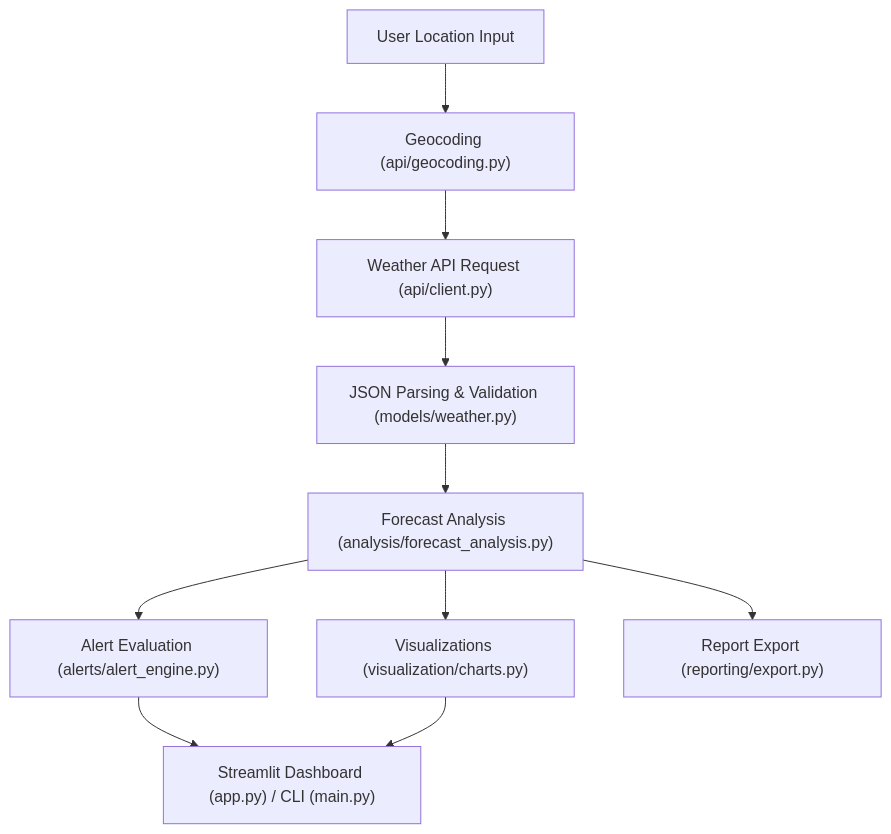
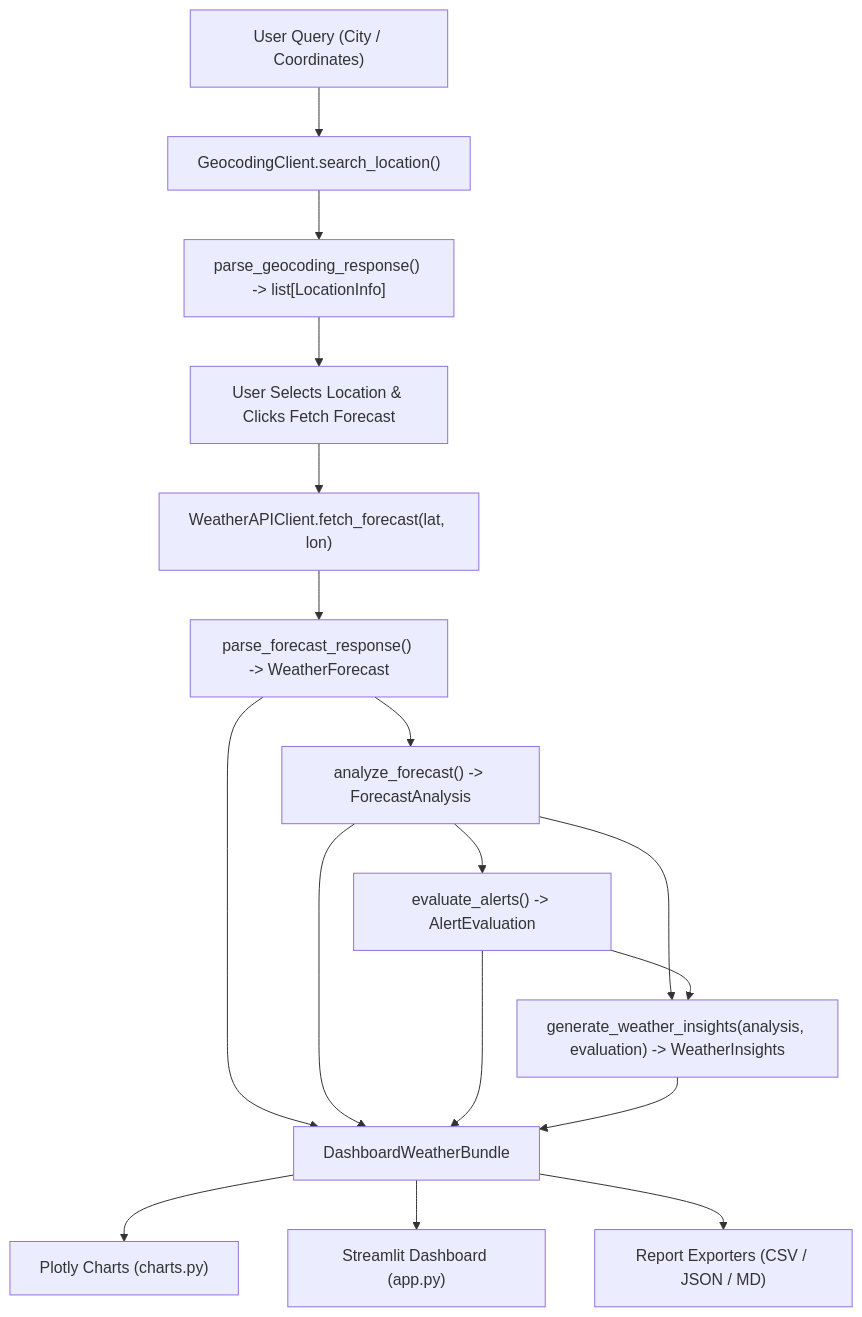
One commit to AkashDas-AI/Weather-Forecast-and-Alert-Application-v2 changed the diagram in docs/DATA_FLOW.md. Above: the diagram before and after it, drawn with Mermaid. The commit also changed other lines of this file and 7 other files, not shown here.

Commit message:
docs: refresh technical architecture and data flow docs, remove outdated screenshot guide, and gitignore interview prep notes

````diff
--- a/docs/DATA_FLOW.md
+++ b/docs/DATA_FLOW.md
@@ -9,12 +9,19 @@
 ```mermaid
 flowchart TD
-    Loc["User Location Input"] --> Geo["Geocoding (api/geocoding.py)"]
-    Geo --> Fetch["Weather API Request (api/client.py)"]
-    Fetch --> Parse["JSON Parsing & Validation (models/weather.py)"]
-    Parse --> Analyze["Forecast Analysis (analysis/forecast_analysis.py)"]
-    Analyze --> Alerts["Alert Evaluation (alerts/alert_engine.py)"]
-    Analyze --> Charts["Visualizations (visualization/charts.py)"]
-    Analyze --> Export["Report Export (reporting/export.py)"]
-    Alerts --> UI["Streamlit Dashboard (app.py) / CLI (main.py)"]
-    Charts --> UI
+    Loc["User Query (City / Coordinates)"] --> Geo["GeocodingClient.search_location()"]
+    Geo --> ParseGeo["parse_geocoding_response() -> list[LocationInfo]"]
+    ParseGeo --> Select["User Selects Location & Clicks Fetch Forecast"]
+    Select --> Fetch["WeatherAPIClient.fetch_forecast(lat, lon)"]
+    Fetch --> ParseWx["parse_forecast_response() -> WeatherForecast"]
+    ParseWx --> Analyze["analyze_forecast() -> ForecastAnalysis"]
+    Analyze --> Alerts["evaluate_alerts() -> AlertEvaluation"]
+    Analyze --> Insights["generate_weather_insights(analysis, evaluation) -> WeatherInsights"]
+    Alerts --> Insights
+    ParseWx --> Bundle["DashboardWeatherBundle"]
+    Analyze --> Bundle
+    Alerts --> Bundle
+    Insights --> Bundle
+    Bundle --> Charts["Plotly Charts (charts.py)"]
+    Bundle --> UI["Streamlit Dashboard (app.py)"]
+    Bundle --> Export["Report Exporters (CSV / JSON / MD)"]
 ```
````
